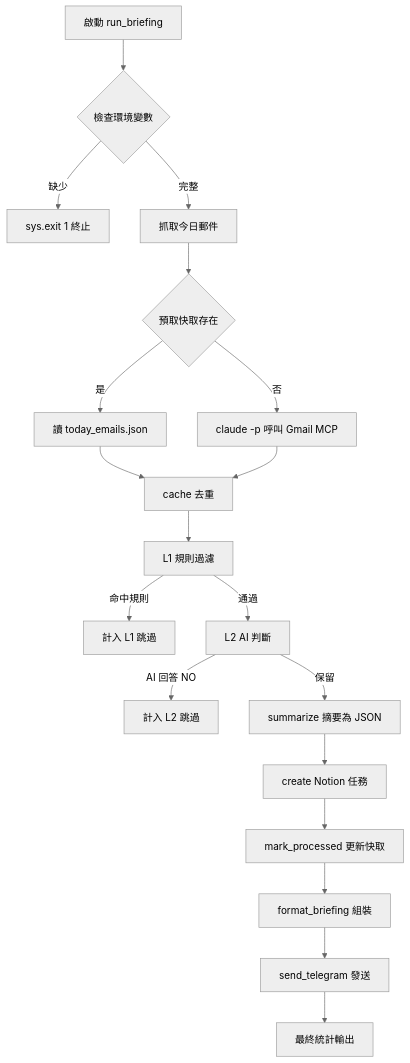
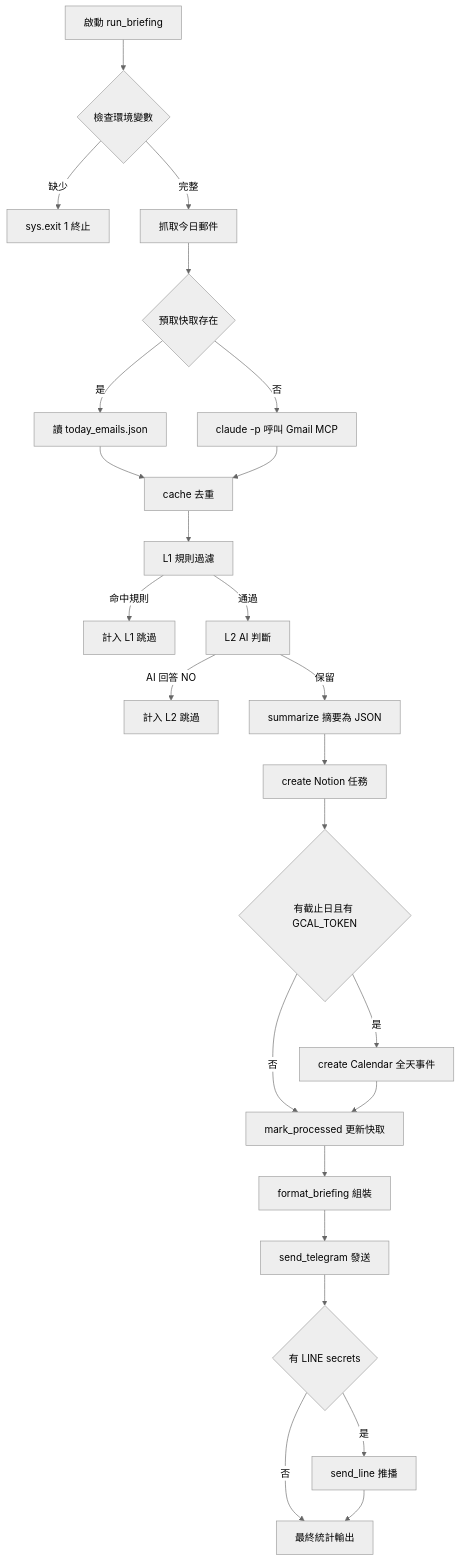
Before and after one commit to chenghyang2001/email-automation-demo: the diagram in mermaid/20260618-email-automation/mmd/email-automation-02-流程圖.mmd, drawn with Mermaid (neutral theme). The commit also changed 12 other files, not shown here.

First line of the commit message:
同步文件與圖表：輸出管道加入 LINE + Google Calendar

```diff
--- a/mermaid/20260618-email-automation/mmd/email-automation-02-流程圖.mmd
+++ b/mermaid/20260618-email-automation/mmd/email-automation-02-流程圖.mmd
@@ -1,19 +1,25 @@
 flowchart TD
     A[啟動 run_briefing] --> B{檢查環境變數}
     B -->|缺少| C[sys.exit 1 終止]
     B -->|完整| D[抓取今日郵件]
     D --> E{預取快取存在}
     E -->|是| F[讀 today_emails.json]
     E -->|否| G[claude -p 呼叫 Gmail MCP]
     F --> H[cache 去重]
     G --> H
     H --> I[L1 規則過濾]
     I -->|命中規則| J[計入 L1 跳過]
     I -->|通過| K[L2 AI 判斷]
     K -->|AI 回答 NO| L[計入 L2 跳過]
     K -->|保留| M[summarize 摘要為 JSON]
     M --> N[create Notion 任務]
-    N --> O[mark_processed 更新快取]
+    N --> N2{有截止日且有 GCAL_TOKEN}
+    N2 -->|是| N3[create Calendar 全天事件]
+    N2 -->|否| O[mark_processed 更新快取]
+    N3 --> O
     O --> P[format_briefing 組裝]
     P --> Q[send_telegram 發送]
-    Q --> R[最終統計輸出]
+    Q --> S{有 LINE secrets}
+    S -->|是| T[send_line 推播]
+    S -->|否| R[最終統計輸出]
+    T --> R
```
